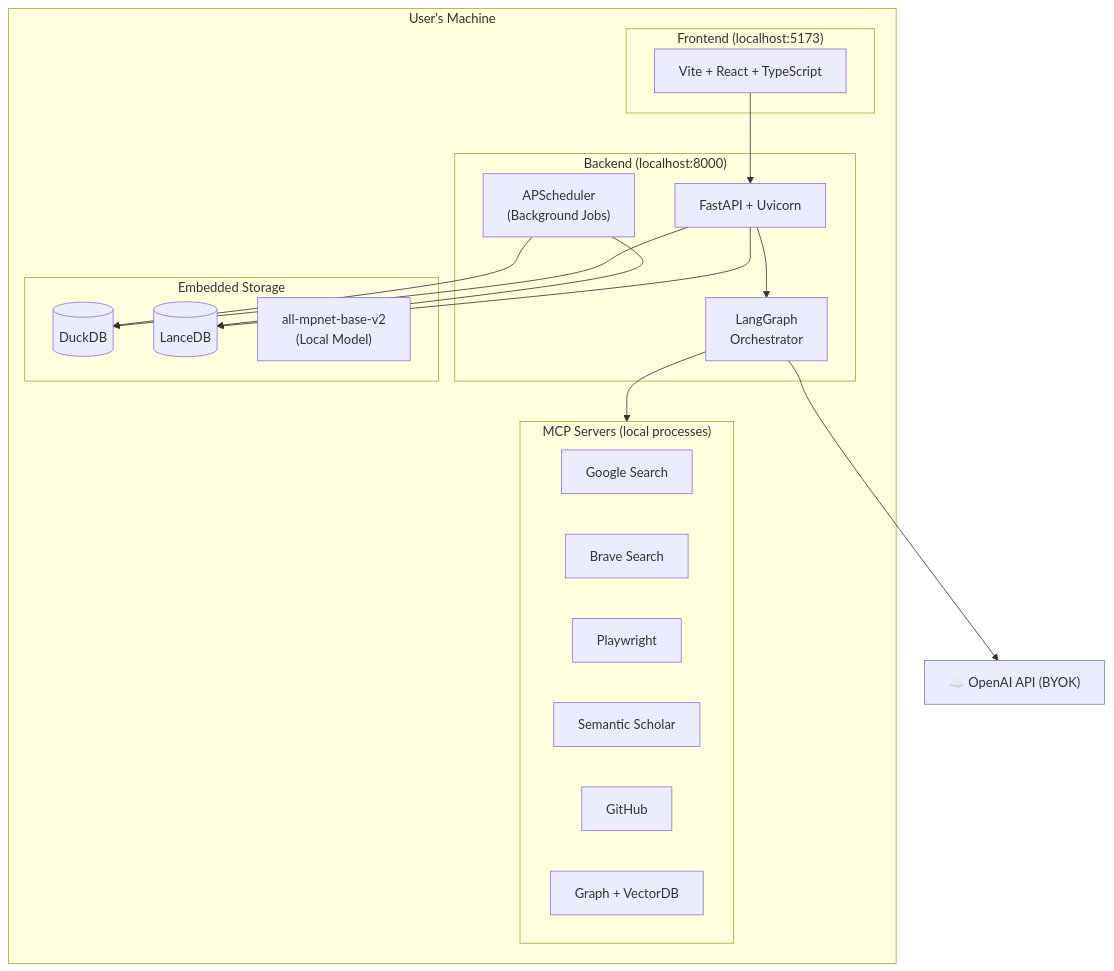
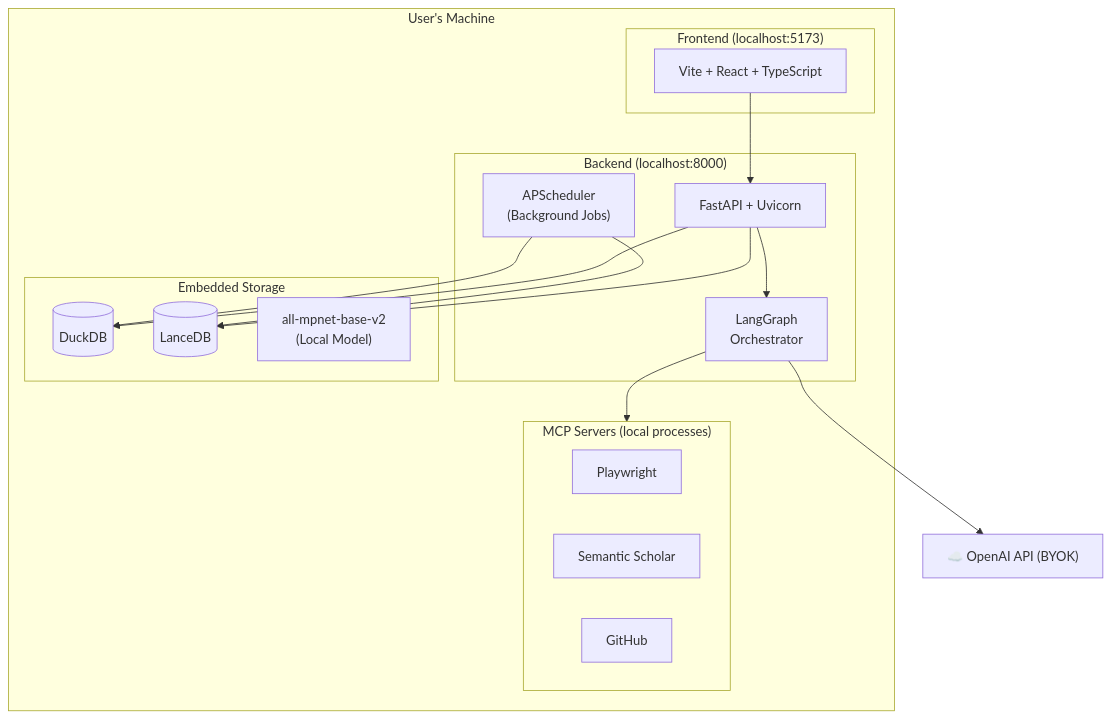
The ninth of 10 diagrams in ARCHITECTURE.md (dorycui007/Memora), drawn with Mermaid before and after one commit. The commit also changed other lines of this file and 1 other file, not shown here.

Commit message:
Update README and architecture documentation

````diff
--- a/ARCHITECTURE.md
+++ b/ARCHITECTURE.md
@@ -1454,40 +1429,37 @@
 ```mermaid
 graph TB
     subgraph Local["User's Machine"]
         subgraph FE["Frontend (localhost:5173)"]
             React["Vite + React + TypeScript"]
         end
 
         subgraph BE["Backend (localhost:8000)"]
             FastAPI["FastAPI + Uvicorn"]
             Scheduler["APScheduler<br/>(Background Jobs)"]
             LG["LangGraph<br/>Orchestrator"]
         end
 
         subgraph Data["Embedded Storage"]
             RG[("DuckDB")]
             LDB[("LanceDB")]
             BGE["all-mpnet-base-v2<br/>(Local Model)"]
         end
 
         subgraph MCP["MCP Servers (local processes)"]
-            GS["Google Search"]
-            BS["Brave Search"]
             PW["Playwright"]
             SS["Semantic Scholar"]
             GH["GitHub"]
-            GM["Graph + VectorDB"]
         end
 
         React --> FastAPI
         FastAPI --> LG
         FastAPI --> RG
         FastAPI --> LDB
         LG --> MCP
         Scheduler --> RG
         Scheduler --> LDB
     end
 
     OpenAI["☁️ OpenAI API (BYOK)"]
     LG --> OpenAI
 ```
````
